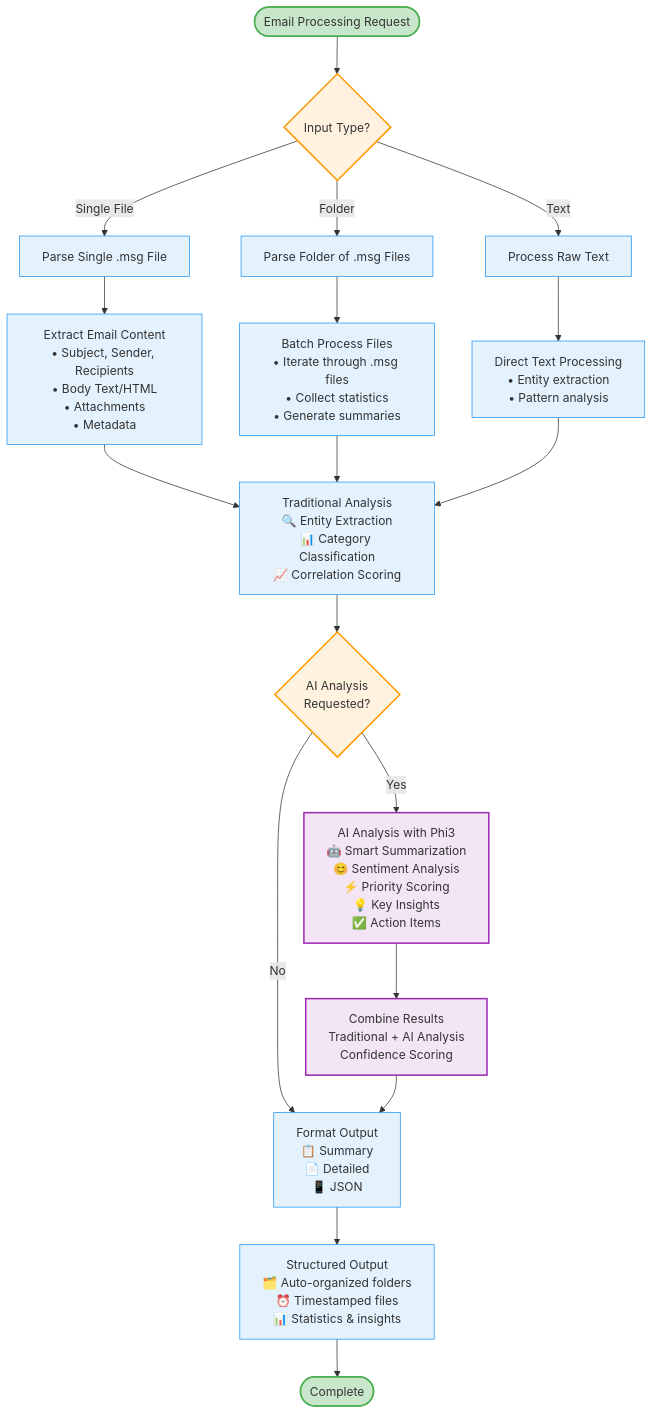
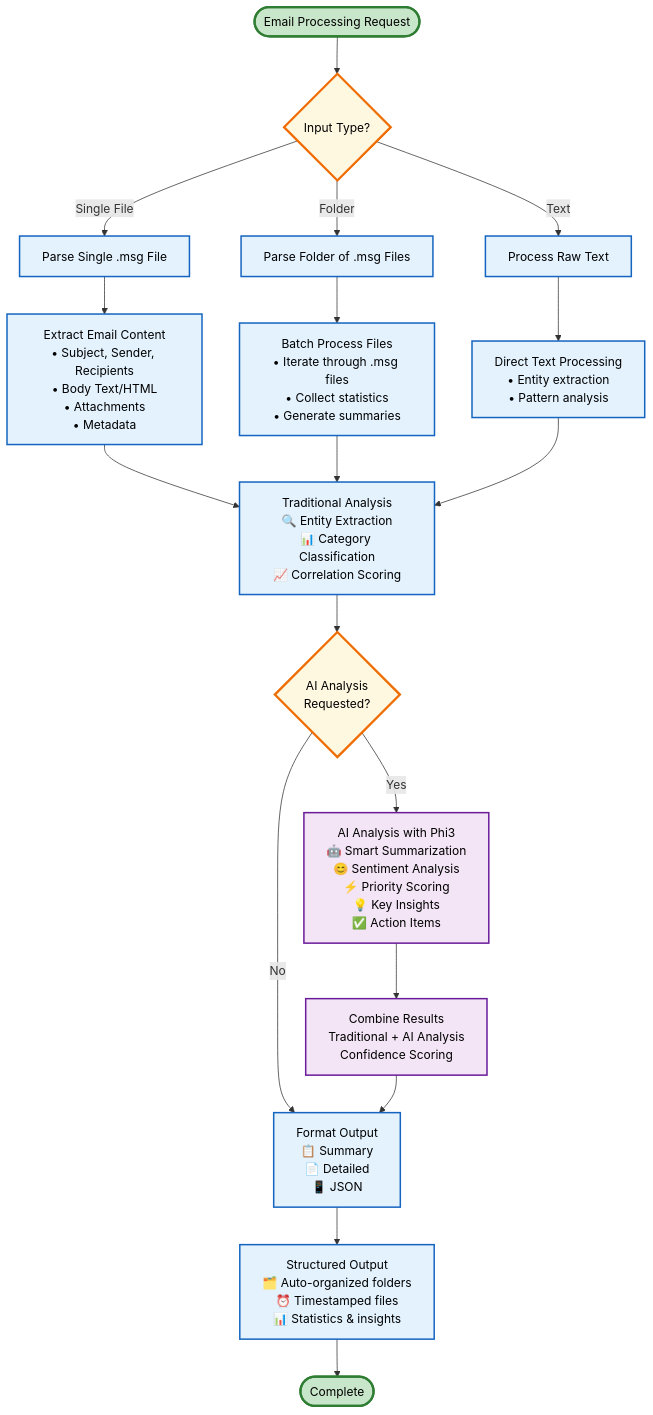
Before and after one commit to devraj21/email-parser: the second of 2 diagrams in README.md, drawn with Mermaid. The commit also changed other lines of this file, not shown here.

Commit message:
readme.md: mermaid diagram updated

````diff
--- a/README.md
+++ b/README.md
@@ -150,44 +150,44 @@
 ```mermaid
 flowchart TD
     Start([Email Processing Request]) --> Check{Input Type?}
     
     Check -->|Single File| ParseSingle[Parse Single .msg File]
     Check -->|Folder| ParseFolder[Parse Folder of .msg Files]
     Check -->|Text| ParseText[Process Raw Text]
     
     ParseSingle --> Extract[Extract Email Content<br/>• Subject, Sender, Recipients<br/>• Body Text/HTML<br/>• Attachments<br/>• Metadata]
     
     ParseFolder --> Batch[Batch Process Files<br/>• Iterate through .msg files<br/>• Collect statistics<br/>• Generate summaries]
     
     ParseText --> Direct[Direct Text Processing<br/>• Entity extraction<br/>• Pattern analysis]
     
     Extract --> Traditional[Traditional Analysis<br/>🔍 Entity Extraction<br/>📊 Category Classification<br/>📈 Correlation Scoring]
     
     Batch --> Traditional
     Direct --> Traditional
     
     Traditional --> AICheck{AI Analysis<br/>Requested?}
     
     AICheck -->|Yes| AIProcess[AI Analysis with Phi3<br/>🤖 Smart Summarization<br/>😊 Sentiment Analysis<br/>⚡ Priority Scoring<br/>💡 Key Insights<br/>✅ Action Items]
     
     AICheck -->|No| Format[Format Output<br/>📋 Summary<br/>📄 Detailed<br/>📱 JSON]
     
     AIProcess --> Combine[Combine Results<br/>Traditional + AI Analysis<br/>Confidence Scoring]
     
     Combine --> Format
     
     Format --> Output[Structured Output<br/>🗂️ Auto-organized folders<br/>⏰ Timestamped files<br/>📊 Statistics & insights]
     
     Output --> End([Complete])
 
-    %% Styling
-    classDef startEnd fill:#c8e6c9,stroke:#4caf50,stroke-width:2px
-    classDef process fill:#e3f2fd,stroke:#2196f3,stroke-width:1px
-    classDef decision fill:#fff3e0,stroke:#ff9800,stroke-width:2px
-    classDef ai fill:#f3e5f5,stroke:#9c27b0,stroke-width:2px
+    %% Styling for better visibility on dark/light themes
+    classDef startEnd fill:#c8e6c9,stroke:#2e7d32,stroke-width:3px,color:#000
+    classDef process fill:#e3f2fd,stroke:#1565c0,stroke-width:2px,color:#000
+    classDef decision fill:#fff8e1,stroke:#ef6c00,stroke-width:3px,color:#000
+    classDef ai fill:#f3e5f5,stroke:#6a1b9a,stroke-width:2px,color:#000
 
     class Start,End startEnd
     class ParseSingle,ParseFolder,ParseText,Extract,Batch,Direct,Traditional,Format,Output process
     class Check,AICheck decision
     class AIProcess,Combine ai
 ```
````
